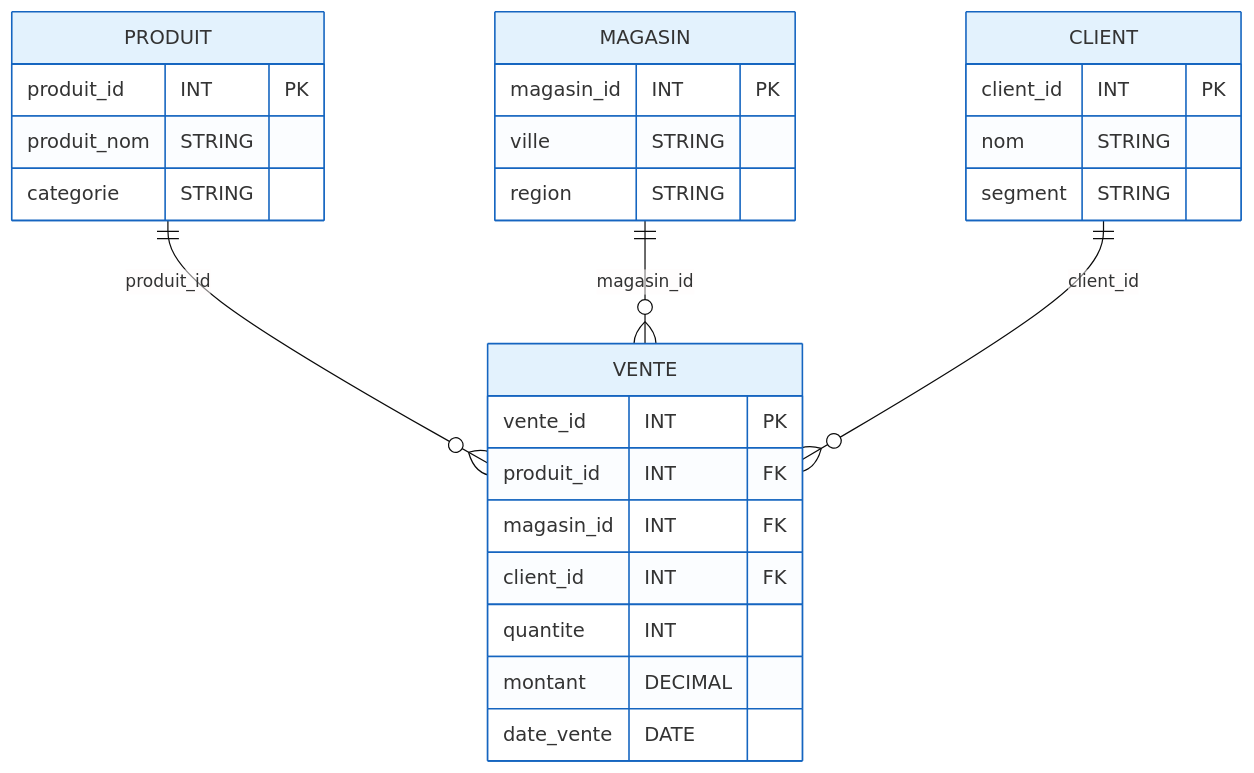
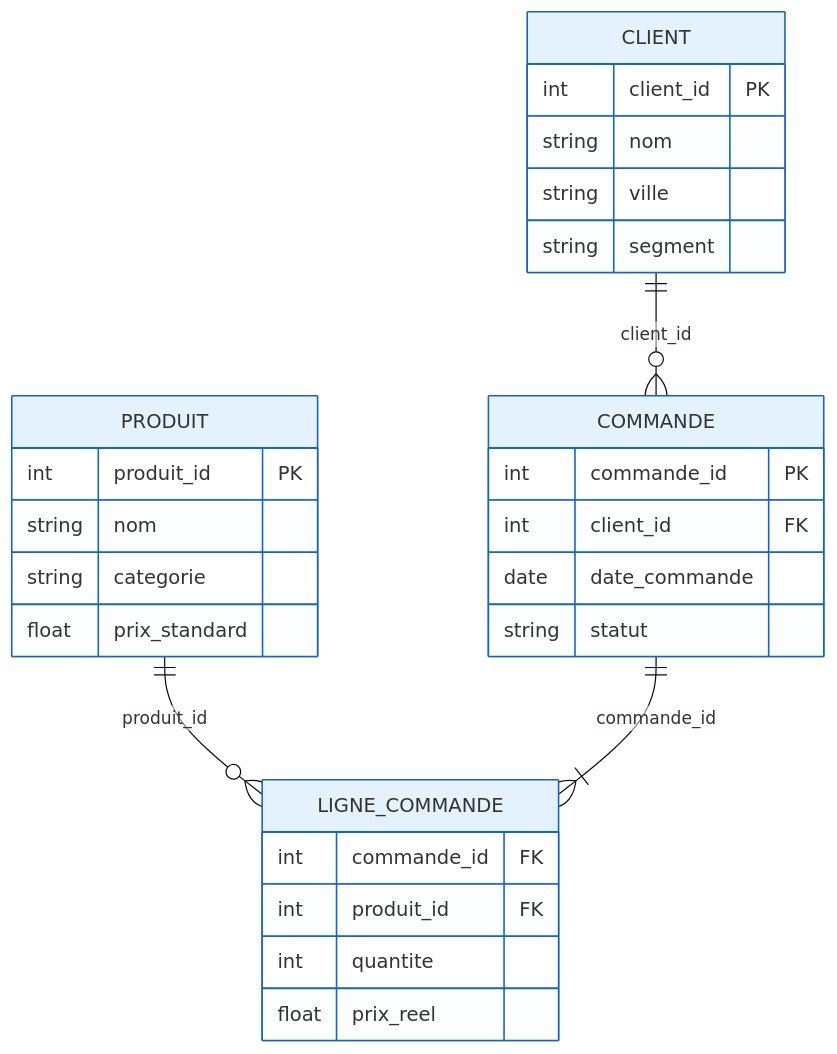
Before and after one commit to msellamiTN/data-multimodeling: the diagram in td/td0-oltp-intro/solutions/readme.md, drawn with Mermaid. The commit also changed other lines of this file and 3 other files, not shown here.

````diff
--- a/td/td0-oltp-intro/solutions/readme.md
+++ b/td/td0-oltp-intro/solutions/readme.md
@@ -11,32 +11,32 @@
 ```mermaid
 %%{init: {'theme':'base', 'themeVariables': {'primaryColor': '#e3f2fd', 'primaryBorderColor': '#1565c0', 'secondaryColor': '#fff3e0', 'secondaryBorderColor': '#ef6c00'}}}%%
 erDiagram
-  PRODUIT ||--o{ VENTE : produit_id
-  MAGASIN ||--o{ VENTE : magasin_id
-  CLIENT  ||--o{ VENTE : client_id
+  CLIENT ||--o{ COMMANDE : client_id
+  PRODUIT ||--o{ LIGNE_COMMANDE : produit_id
+  COMMANDE ||--|{ LIGNE_COMMANDE : commande_id
 
+  CLIENT {
+    int client_id PK
+    string nom
+    string ville
+    string segment
+  }
   PRODUIT {
-    produit_id INT PK
-    produit_nom STRING
-    categorie STRING
+    int produit_id PK
+    string nom
+    string categorie
+    float prix_standard
   }
-  MAGASIN {
-    magasin_id INT PK
-    ville STRING
-    region STRING
+  COMMANDE {
+    int commande_id PK
+    int client_id FK
+    date date_commande
+    string statut
   }
-  CLIENT {
-    client_id INT PK
-    nom STRING
-    segment STRING
-  }
-  VENTE {
-    vente_id INT PK
-    produit_id INT FK
-    magasin_id INT FK
-    client_id INT FK
-    quantite INT
-    montant DECIMAL
-    date_vente DATE
+  LIGNE_COMMANDE {
+    int commande_id FK
+    int produit_id FK
+    int quantite
+    float prix_reel
   }
 ```
````
